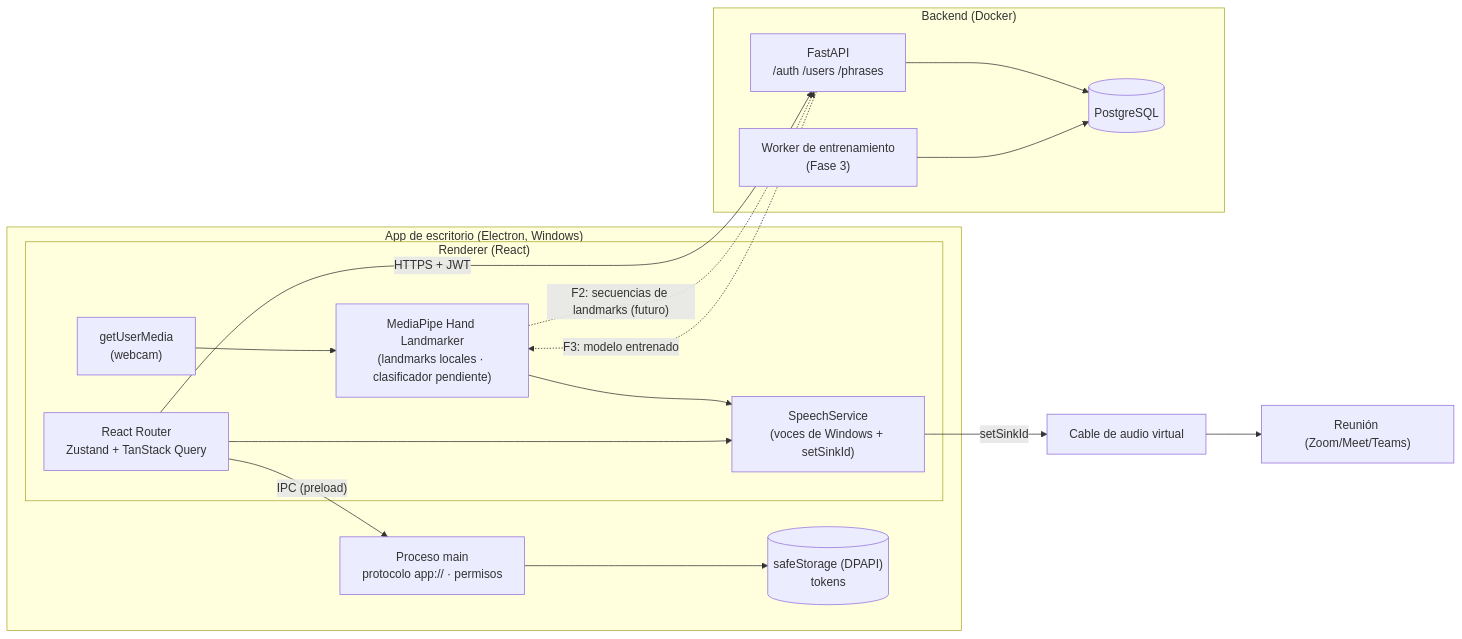
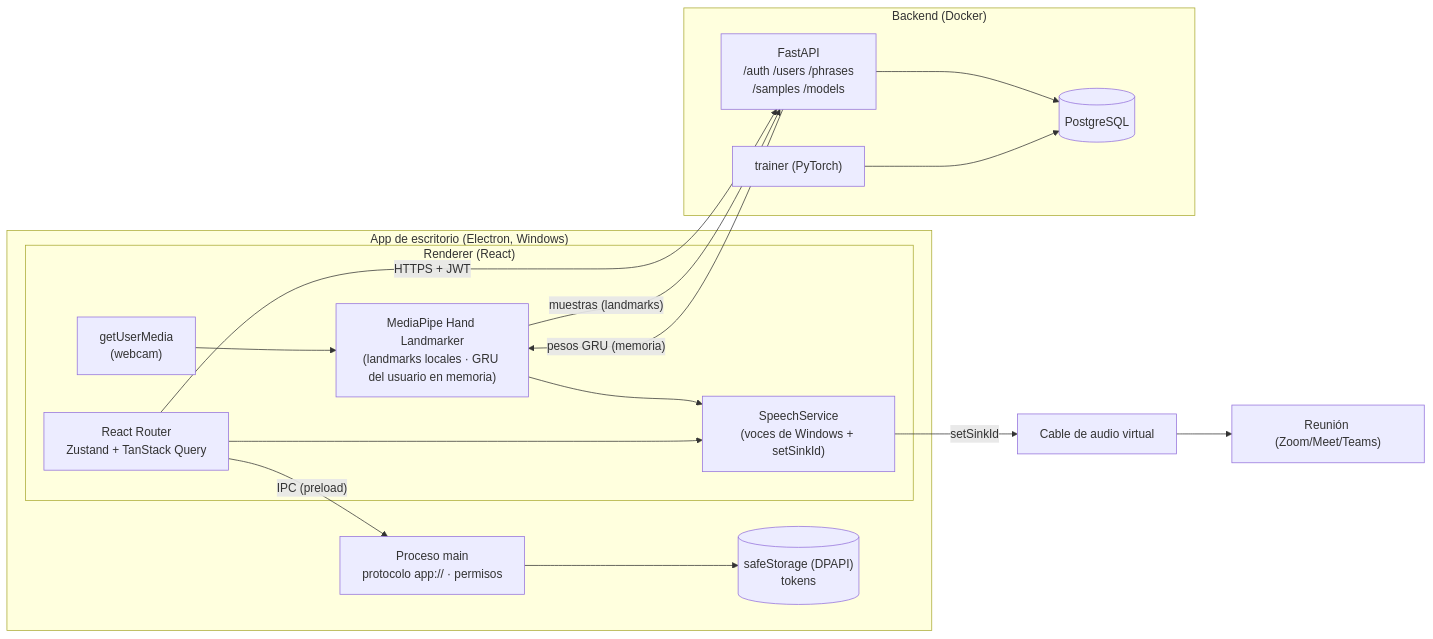
One commit to SantiagoTyrsArv/VISIONTS changed the diagram in docs/ARCHITECTURE.md. Above: the diagram before and after it, drawn with Mermaid. The commit also changed other lines of this file and 1 other file, not shown here.

Commit message:
docs: modelo de señas por usuario en arquitectura y README

````diff
--- a/docs/ARCHITECTURE.md
+++ b/docs/ARCHITECTURE.md
@@ -5,32 +5,32 @@
 ```mermaid
 flowchart LR
   subgraph Desktop["App de escritorio (Electron, Windows)"]
     subgraph Renderer["Renderer (React)"]
       Cam["getUserMedia\n(webcam)"]
-      Rec["MediaPipe Hand Landmarker\n(landmarks locales · clasificador pendiente)"]
+      Rec["MediaPipe Hand Landmarker\n(landmarks locales · GRU del usuario en memoria)"]
       Speech["SpeechService\n(voces de Windows + setSinkId)"]
       UI["React Router\nZustand + TanStack Query"]
       Cam --> Rec --> Speech
       UI --> Speech
     end
     Main["Proceso main\nprotocolo app:// · permisos"]
     Store[("safeStorage (DPAPI)\ntokens")]
     UI -- "IPC (preload)" --> Main --> Store
   end
 
   subgraph Server["Backend (Docker)"]
-    API["FastAPI\n/auth /users /phrases"]
+    API["FastAPI\n/auth /users /phrases\n/samples /models"]
     DB[("PostgreSQL")]
-    Worker["Worker de entrenamiento\n(Fase 3)"]
+    Trainer["trainer (PyTorch)"]
     API --> DB
-    Worker --> DB
+    Trainer --> DB
   end
 
   VCable["Cable de audio virtual"]
   Meet["Reunión (Zoom/Meet/Teams)"]
 
   UI -- "HTTPS + JWT" --> API
-  Rec -. "F2: secuencias de landmarks (futuro)" .-> API
-  API -. "F3: modelo entrenado" .-> Rec
+  Rec -- "muestras (landmarks)" --> API
+  API -- "pesos GRU (memoria)" --> Rec
   Speech -- "setSinkId" --> VCable --> Meet
 ```
````
